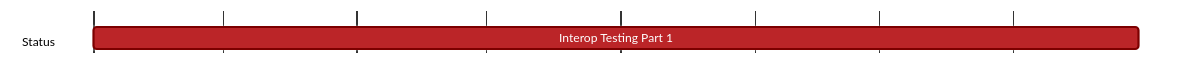
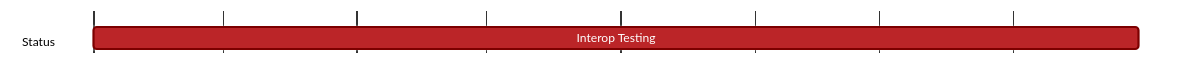
The diagram in content/vac/qa/g/waku/interop-testing.md (logos-co/roadmap), drawn with Mermaid before and after one commit. The commit also changed other lines of this file, not shown here.

````diff
--- a/content/vac/qa/g/waku/interop-testing.md
+++ b/content/vac/qa/g/waku/interop-testing.md
@@ -7,20 +7,20 @@
 ```mermaid
 %%{ 
   init: { 
     'theme': 'base', 
     'themeVariables': { 
       'primaryColor': '#BB2528', 
       'primaryTextColor': '#fff', 
       'primaryBorderColor': '#7C0000', 
       'lineColor': '#F8B229', 
       'secondaryColor': '#006100', 
       'tertiaryColor': '#fff' 
     } 
   } 
 }%%
 gantt
   tickInterval 1month
   dateFormat YYYY-MM-DD 
   section Status
-    Interop Testing Part 1:  2023-09-01, 2024-04-30
+    Interop Testing:  2023-09-01, 2024-04-30
 ```
````
